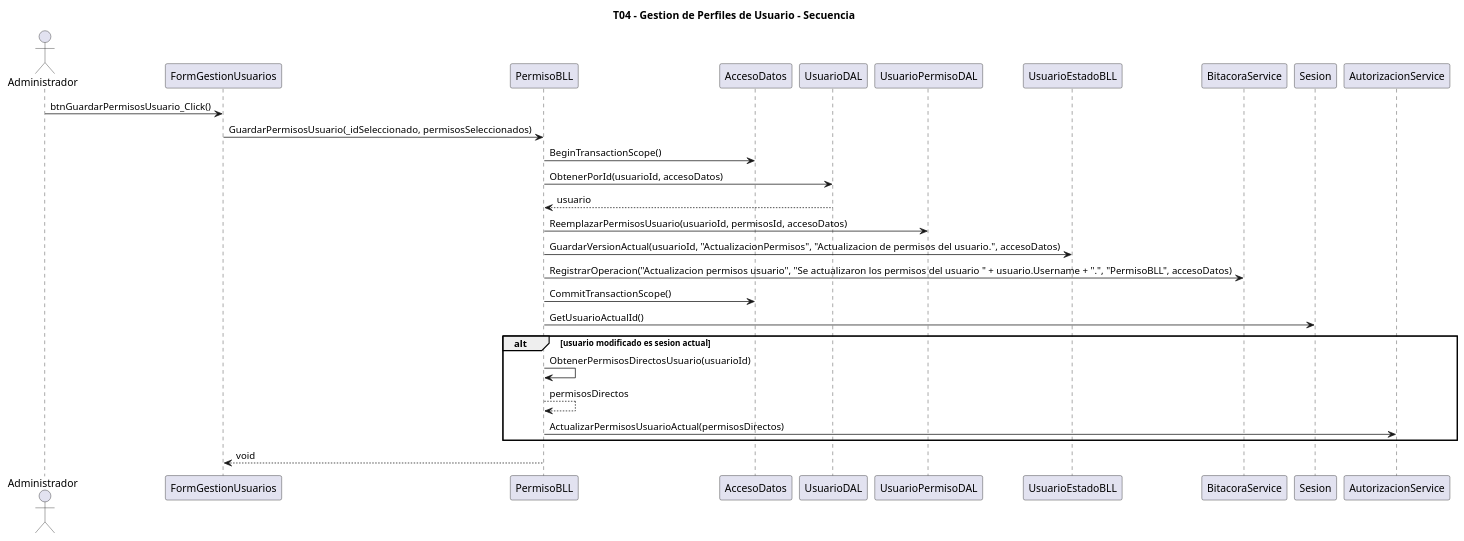
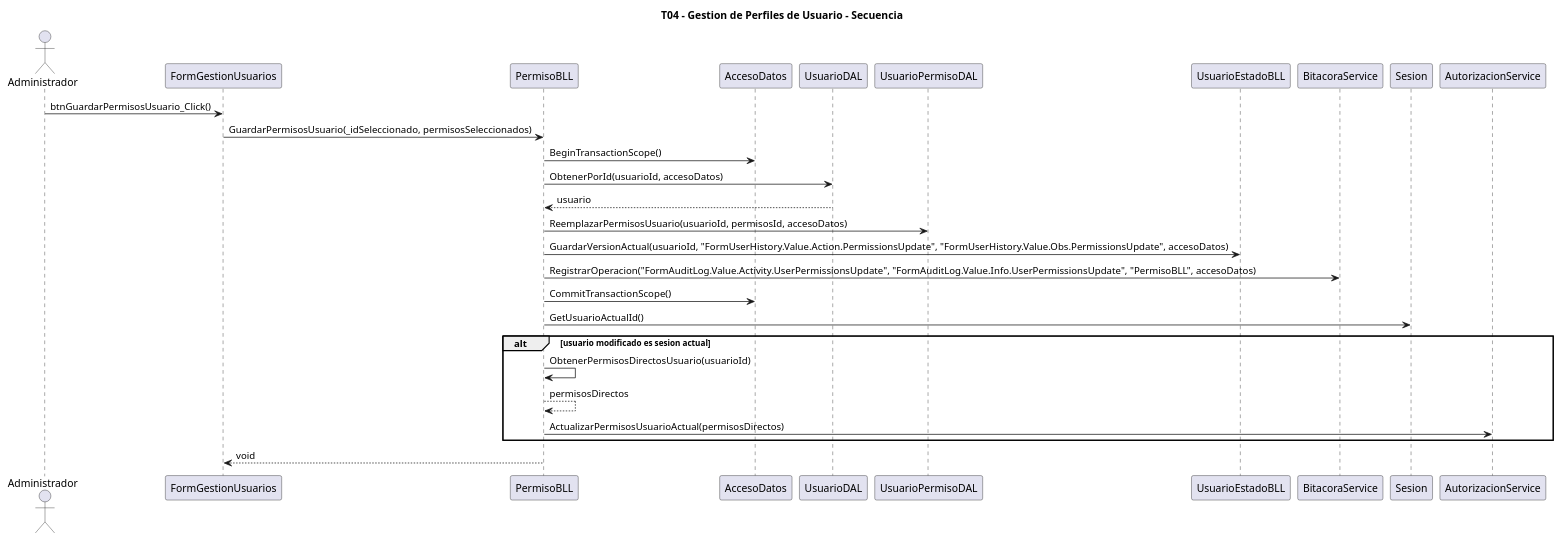
One commit to aggutierrez98/TP-TD changed the diagram in diagramas/T04-perfiles-usuario/T04-perfiles-usuario-secuencia.puml. Above: the diagram before and after it, drawn with PlantUML. The commit also changed 19 other files, not shown here.

Commit message:
Actualizar diagramas

```diff
--- a/diagramas/T04-perfiles-usuario/T04-perfiles-usuario-secuencia.puml
+++ b/diagramas/T04-perfiles-usuario/T04-perfiles-usuario-secuencia.puml
@@ -1,34 +1,34 @@
 @startuml
 title T04 - Gestion de Perfiles de Usuario - Secuencia
 
 actor Administrador
 participant "FormGestionUsuarios" as FormGestionUsuarios
 participant "PermisoBLL" as PermisoBLL
 participant "AccesoDatos" as AccesoDatos
 participant "UsuarioDAL" as UsuarioDAL
 participant "UsuarioPermisoDAL" as UsuarioPermisoDAL
 participant "UsuarioEstadoBLL" as UsuarioEstadoBLL
 participant "BitacoraService" as BitacoraService
 participant "Sesion" as Sesion
 participant "AutorizacionService" as AutorizacionService
 
 Administrador -> FormGestionUsuarios : btnGuardarPermisosUsuario_Click()
 FormGestionUsuarios -> PermisoBLL : GuardarPermisosUsuario(_idSeleccionado, permisosSeleccionados)
 PermisoBLL -> AccesoDatos : BeginTransactionScope()
 PermisoBLL -> UsuarioDAL : ObtenerPorId(usuarioId, accesoDatos)
 UsuarioDAL --> PermisoBLL : usuario
 PermisoBLL -> UsuarioPermisoDAL : ReemplazarPermisosUsuario(usuarioId, permisosId, accesoDatos)
-PermisoBLL -> UsuarioEstadoBLL : GuardarVersionActual(usuarioId, "ActualizacionPermisos", "Actualizacion de permisos del usuario.", accesoDatos)
-PermisoBLL -> BitacoraService : RegistrarOperacion("Actualizacion permisos usuario", "Se actualizaron los permisos del usuario " + usuario.Username + ".", "PermisoBLL", accesoDatos)
+PermisoBLL -> UsuarioEstadoBLL : GuardarVersionActual(usuarioId, "FormUserHistory.Value.Action.PermissionsUpdate", "FormUserHistory.Value.Obs.PermissionsUpdate", accesoDatos)
+PermisoBLL -> BitacoraService : RegistrarOperacion("FormAuditLog.Value.Activity.UserPermissionsUpdate", "FormAuditLog.Value.Info.UserPermissionsUpdate", "PermisoBLL", accesoDatos)
 PermisoBLL -> AccesoDatos : CommitTransactionScope()
 PermisoBLL -> Sesion : GetUsuarioActualId()
 
 alt usuario modificado es sesion actual
   PermisoBLL -> PermisoBLL : ObtenerPermisosDirectosUsuario(usuarioId)
   PermisoBLL --> PermisoBLL : permisosDirectos
   PermisoBLL -> AutorizacionService : ActualizarPermisosUsuarioActual(permisosDirectos)
 end
 
 PermisoBLL --> FormGestionUsuarios : void
 
 @enduml
```
